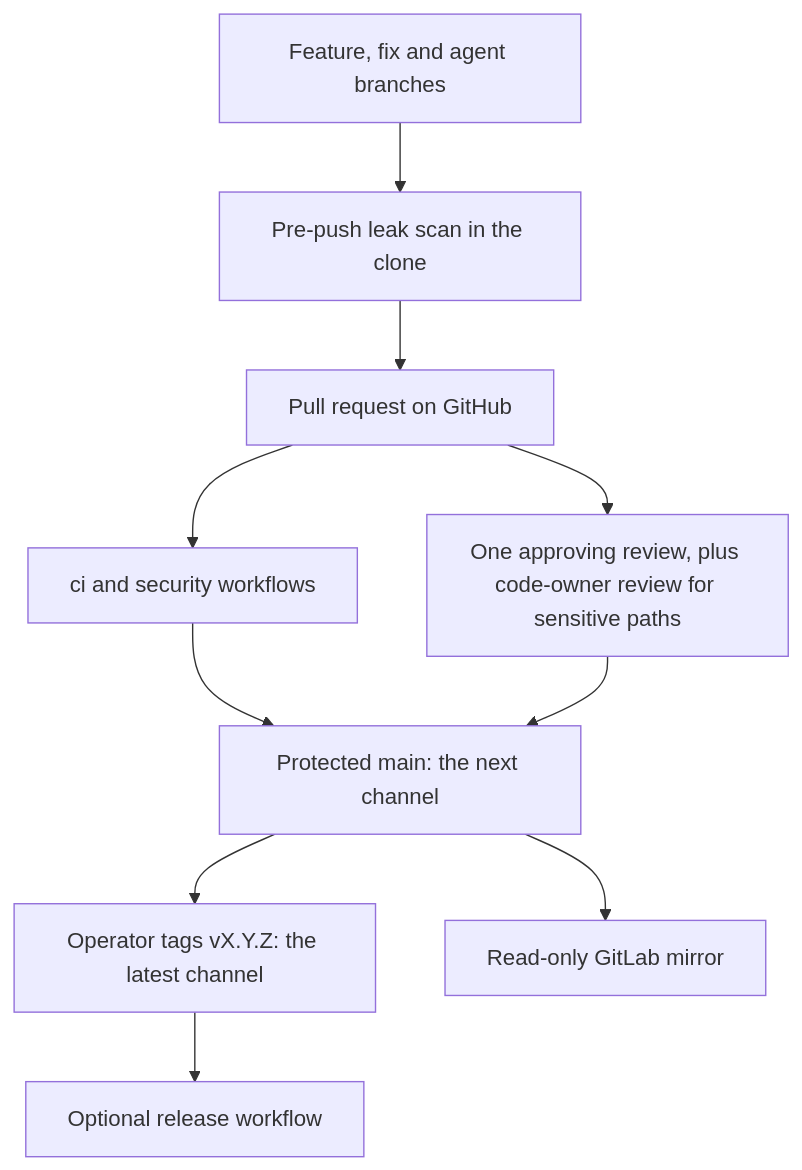
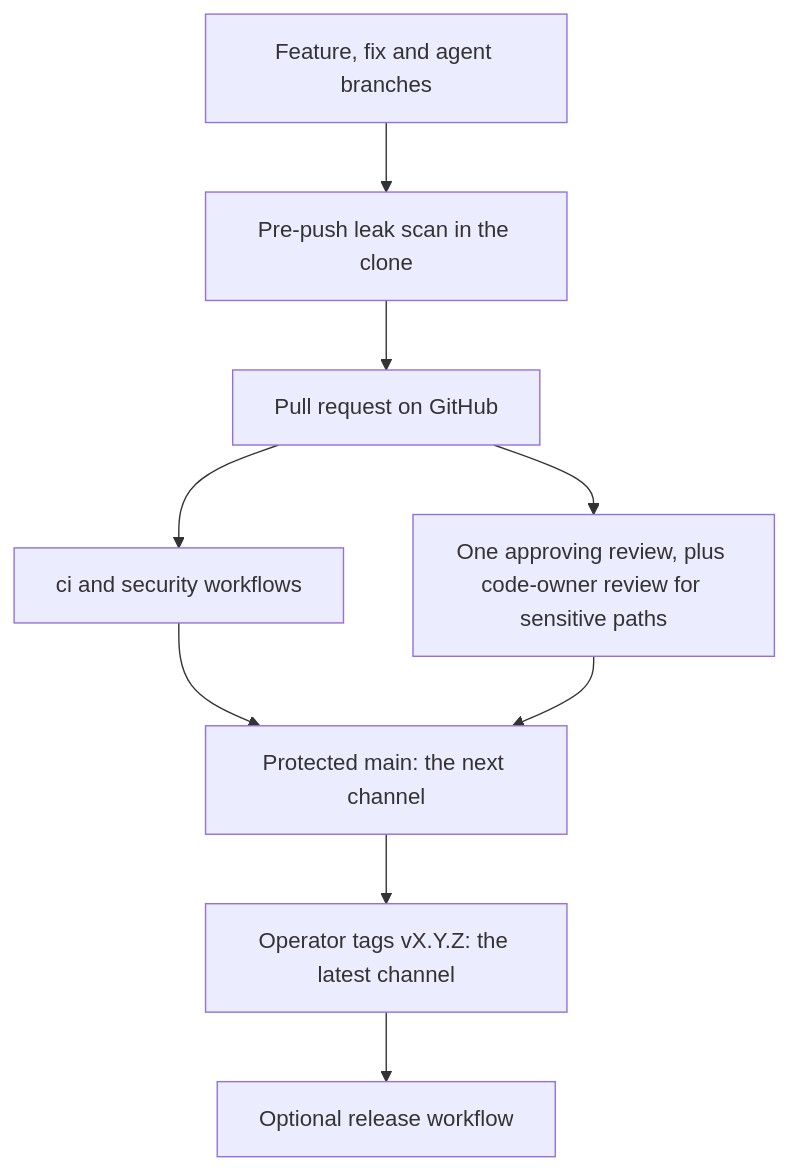
Before and after one commit to SATUNIX/luna: the diagram in docs/repository-topology.md, drawn with Mermaid. The commit also changed other lines of this file and 58 other files, not shown here.

````diff
--- a/docs/repository-topology.md
+++ b/docs/repository-topology.md
@@ -9,12 +9,11 @@
 ```mermaid
 flowchart TD
     A[Feature, fix and agent branches] --> P[Pre-push leak scan in the clone]
     P --> B[Pull request on GitHub]
     B --> C[ci and security workflows]
     B --> R[One approving review, plus code-owner review for sensitive paths]
     C --> M[Protected main: the next channel]
     R --> M
     M --> T[Operator tags vX.Y.Z: the latest channel]
     T --> W[Optional release workflow]
-    M --> G[Read-only GitLab mirror]
 ```
````
